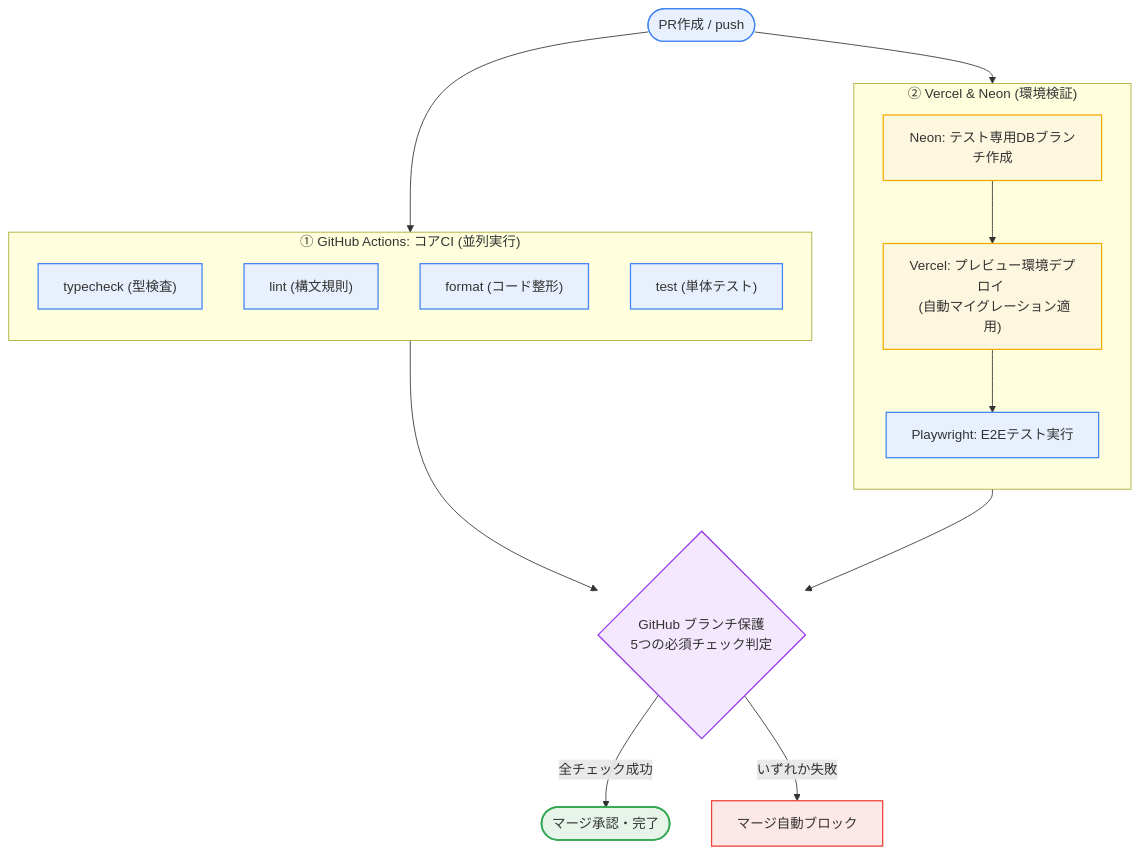
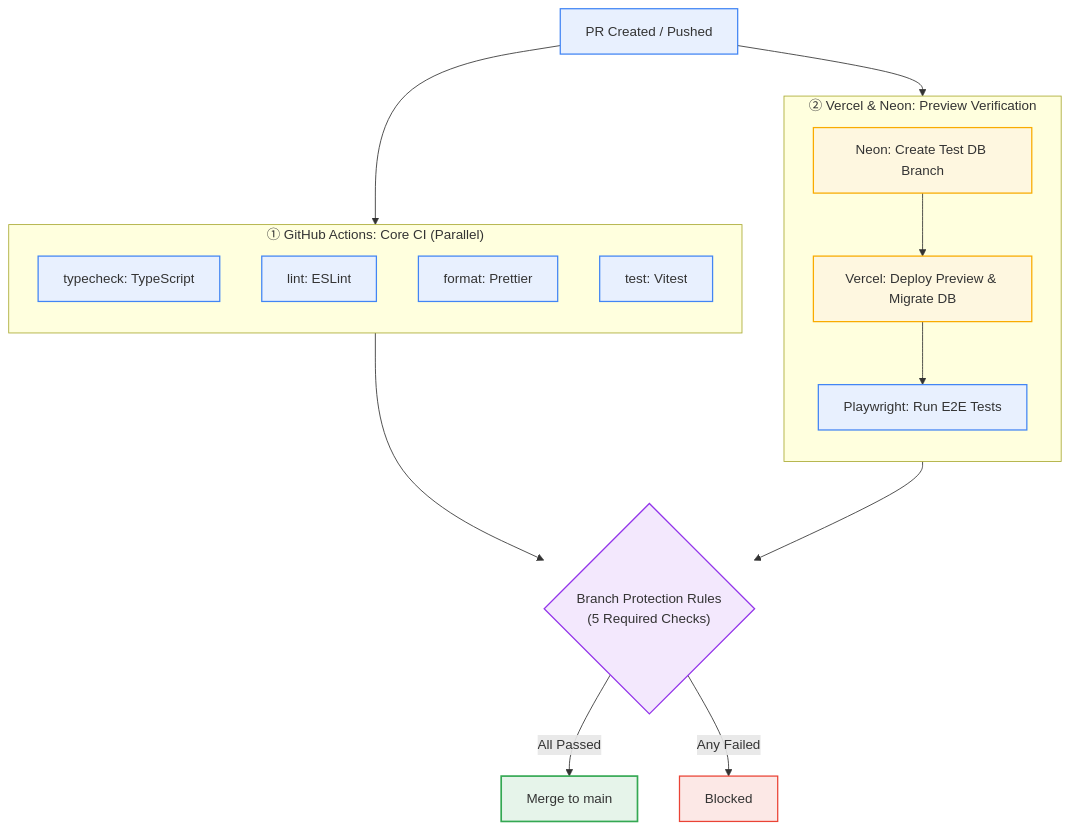
Before and after one commit to asaborian/material-request: the first of 2 diagrams in README.md, drawn with Mermaid. The commit also changed other lines of this file, not shown here.

Commit message:
docs: Mermaid図のノードを英語表記に変更し記述をシンプル化

````diff
--- a/README.md
+++ b/README.md
@@ -28,38 +28,38 @@
 ```mermaid
 flowchart TD
     classDef test fill:#e8f0fe,stroke:#4285f4,stroke-width:1.5px;
     classDef db fill:#fef7e0,stroke:#f9ab00,stroke-width:1.5px;
     classDef gate fill:#f3e8fd,stroke:#9334ea,stroke-width:1.5px;
     classDef ok fill:#e6f4ea,stroke:#34a853,stroke-width:2px;
     classDef ng fill:#fce8e6,stroke:#ea4335,stroke-width:1.5px;
 
-    PR(["PR作成 / push"]):::test
+    PR["PR Created / Pushed"]:::test
 
     %% 並列で走る2大パイプライン
-    subgraph CI [" ① GitHub Actions: コアCI (並列実行) "]
+    subgraph CI [" ① GitHub Actions: Core CI (Parallel) "]
         direction TB
-        TC["typecheck (型検査)"]:::test
-        LINT["lint (構文規則)"]:::test
-        FMT["format (コード整形)"]:::test
-        UNIT["test (単体テスト)"]:::test
+        TC["typecheck: TypeScript"]:::test
+        LINT["lint: ESLint"]:::test
+        FMT["format: Prettier"]:::test
+        UNIT["test: Vitest"]:::test
     end
 
-    subgraph PREVIEW [" ② Vercel & Neon (環境検証) "]
+    subgraph PREVIEW [" ② Vercel & Neon: Preview Verification "]
         direction TB
-        NEON["Neon: テスト専用DBブランチ作成"]:::db
-        VERCEL["Vercel: プレビュー環境デプロイ <br> (自動マイグレーション適用)"]:::db
-        E2E["Playwright: E2Eテスト実行"]:::test
+        NEON["Neon: Create Test DB Branch"]:::db
+        VERCEL["Vercel: Deploy Preview & Migrate DB"]:::db
+        E2E["Playwright: Run E2E Tests"]:::test
         NEON --> VERCEL --> E2E
     end
 
     PR --> CI
     PR --> PREVIEW
 
     %% 合流してゲート判定
-    GATE{"GitHub ブランチ保護 <br> 5つの必須チェック判定"}:::gate
+    GATE{"Branch Protection Rules<br>(5 Required Checks)"}:::gate
     CI --> GATE
     E2E --> GATE
 
-    GATE -->|全チェック成功| PASS(["マージ承認・完了"]):::ok
-    GATE -->|いずれか失敗| FAIL["マージ自動ブロック"]:::ng
+    GATE -->|All Passed| PASS["Merge to main"]:::ok
+    GATE -->|Any Failed| FAIL["Blocked"]:::ng
 ```
````
